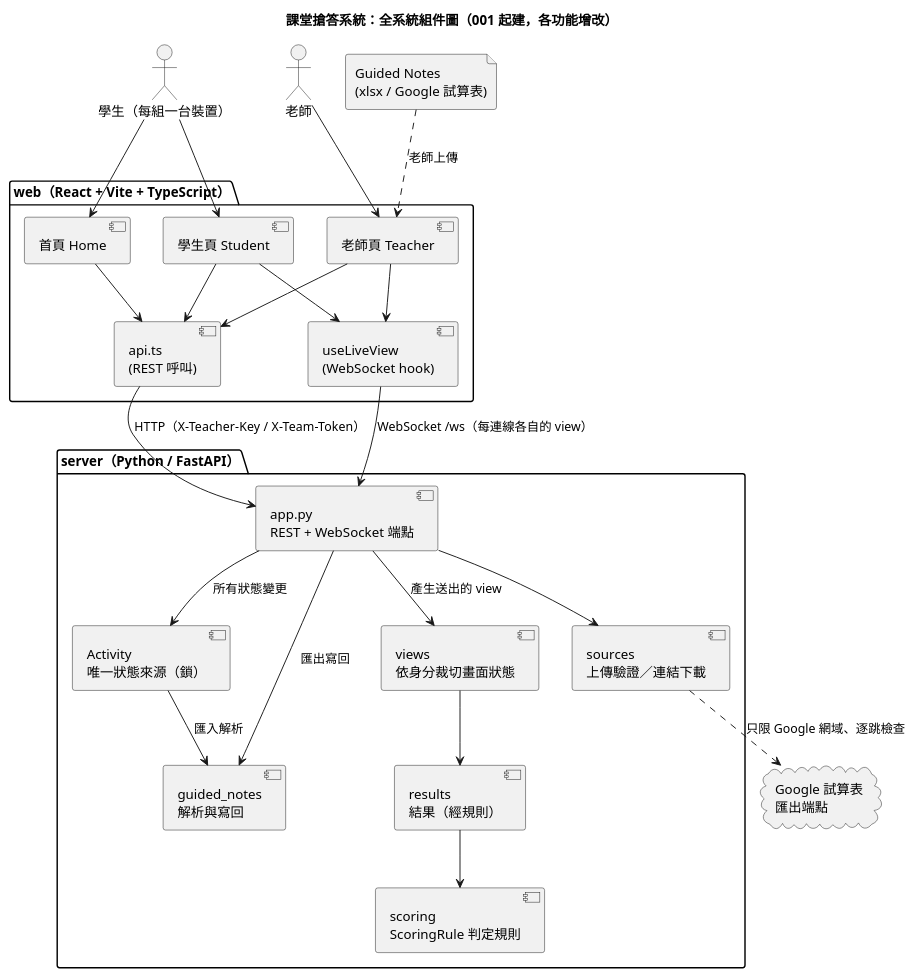
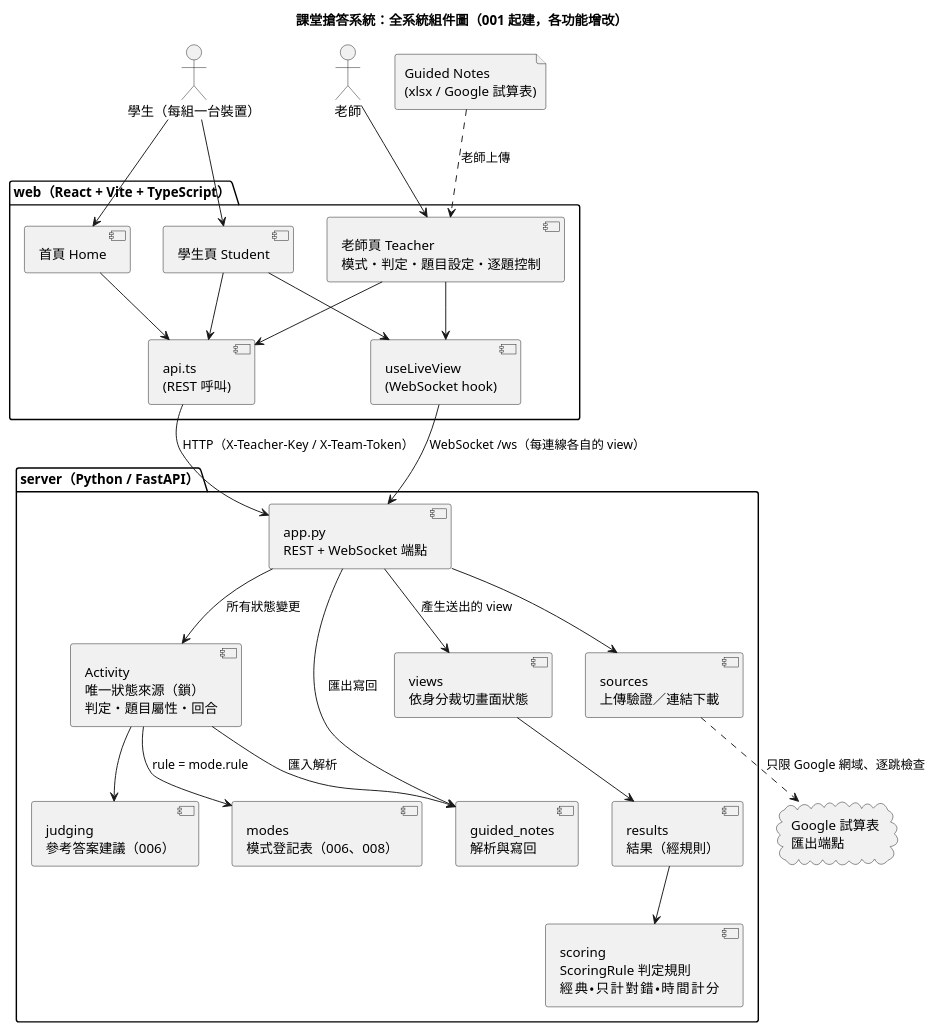
The diagram in diagrams/system-component.puml (yue083139/software_fin-speckit), drawn with PlantUML before and after one commit. The commit also changed 20 other files, not shown here.

Commit message:
docs(specs): 006-game-mode-framework 規格與圖表 v1.0；TRD §6 裁定與第二期範圍、parity 登記三卡 [CORE]

```diff
--- a/diagrams/system-component.puml
+++ b/diagrams/system-component.puml
@@ -1,46 +1,50 @@
 @startuml system-component
 title 課堂搶答系統：全系統組件圖（001 起建，各功能增改）
 
 actor "老師" as Teacher
 actor "學生（每組一台裝置）" as Student
 file "Guided Notes\n(xlsx / Google 試算表)" as GN
 cloud "Google 試算表\n匯出端點" as GS
 
 package "web（React + Vite + TypeScript）" {
   [首頁 Home] as Home
-  [老師頁 Teacher] as TPage
+  [老師頁 Teacher\n模式・判定・題目設定・逐題控制] as TPage
   [學生頁 Student] as SPage
   [useLiveView\n(WebSocket hook)] as Live
   [api.ts\n(REST 呼叫)] as Api
 }
 
 package "server（Python / FastAPI）" {
   [app.py\nREST + WebSocket 端點] as App
-  [Activity\n唯一狀態來源（鎖）] as Act
+  [Activity\n唯一狀態來源（鎖）\n判定・題目屬性・回合] as Act
+  [modes\n模式登記表（006、008）] as Modes
   [views\n依身分裁切畫面狀態] as Views
-  [scoring\nScoringRule 判定規則] as Scoring
+  [scoring\nScoringRule 判定規則\n經典・只計對錯・時間計分] as Scoring
+  [judging\n參考答案建議（006）] as Judging
   [results\n結果（經規則）] as Results
   [guided_notes\n解析與寫回] as Notes
   [sources\n上傳驗證／連結下載] as Sources
 }
 
 Teacher --> TPage
 Student --> Home
 Student --> SPage
 TPage --> Api
 SPage --> Api
 Home --> Api
 TPage --> Live
 SPage --> Live
 Api --> App : HTTP（X-Teacher-Key / X-Team-Token）
 Live --> App : WebSocket /ws（每連線各自的 view）
 App --> Act : 所有狀態變更
+Act --> Modes : rule = mode.rule
+Act --> Judging
 App --> Views : 產生送出的 view
 Views --> Results
 Results --> Scoring
 Act --> Notes : 匯入解析
 App --> Sources
 Sources ..> GS : 只限 Google 網域、逐跳檢查
 App --> Notes : 匯出寫回
 GN ..> TPage : 老師上傳
 @enduml
```
